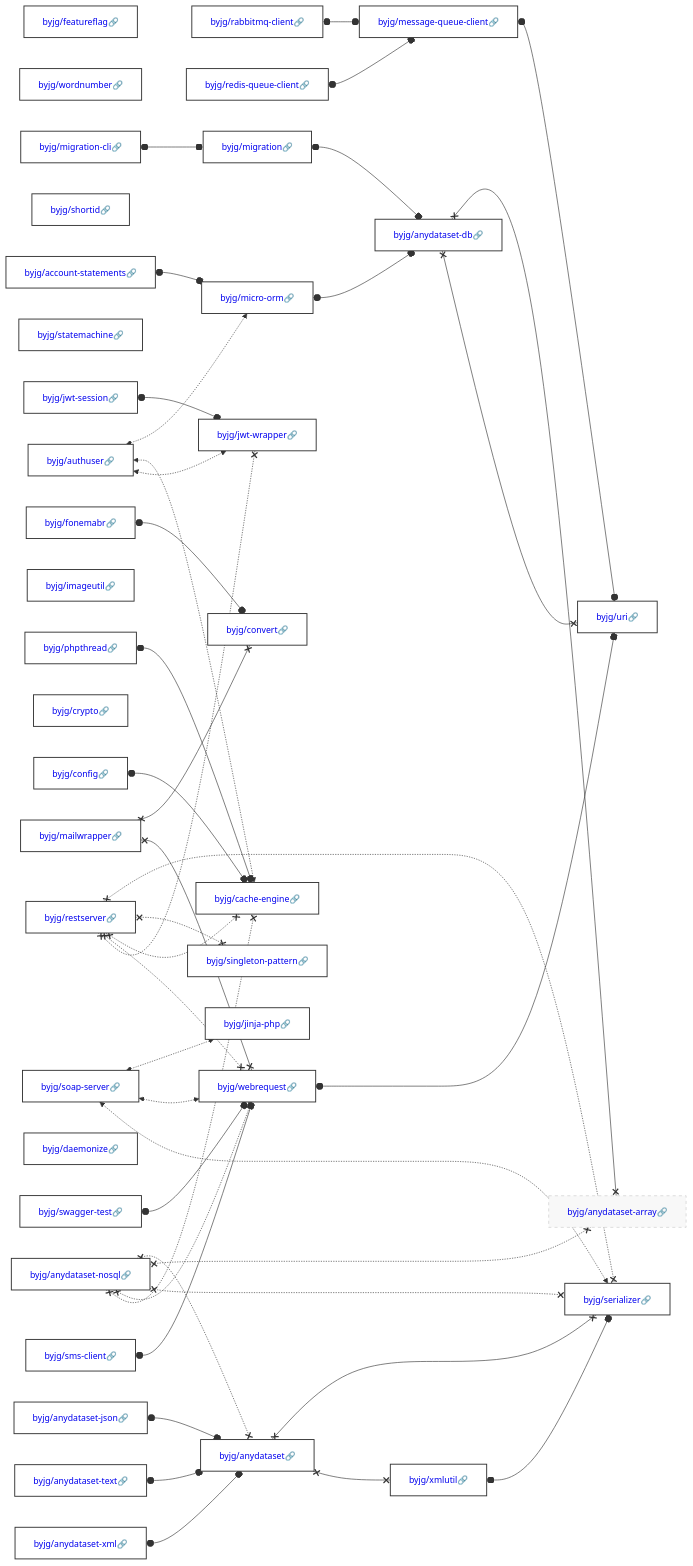
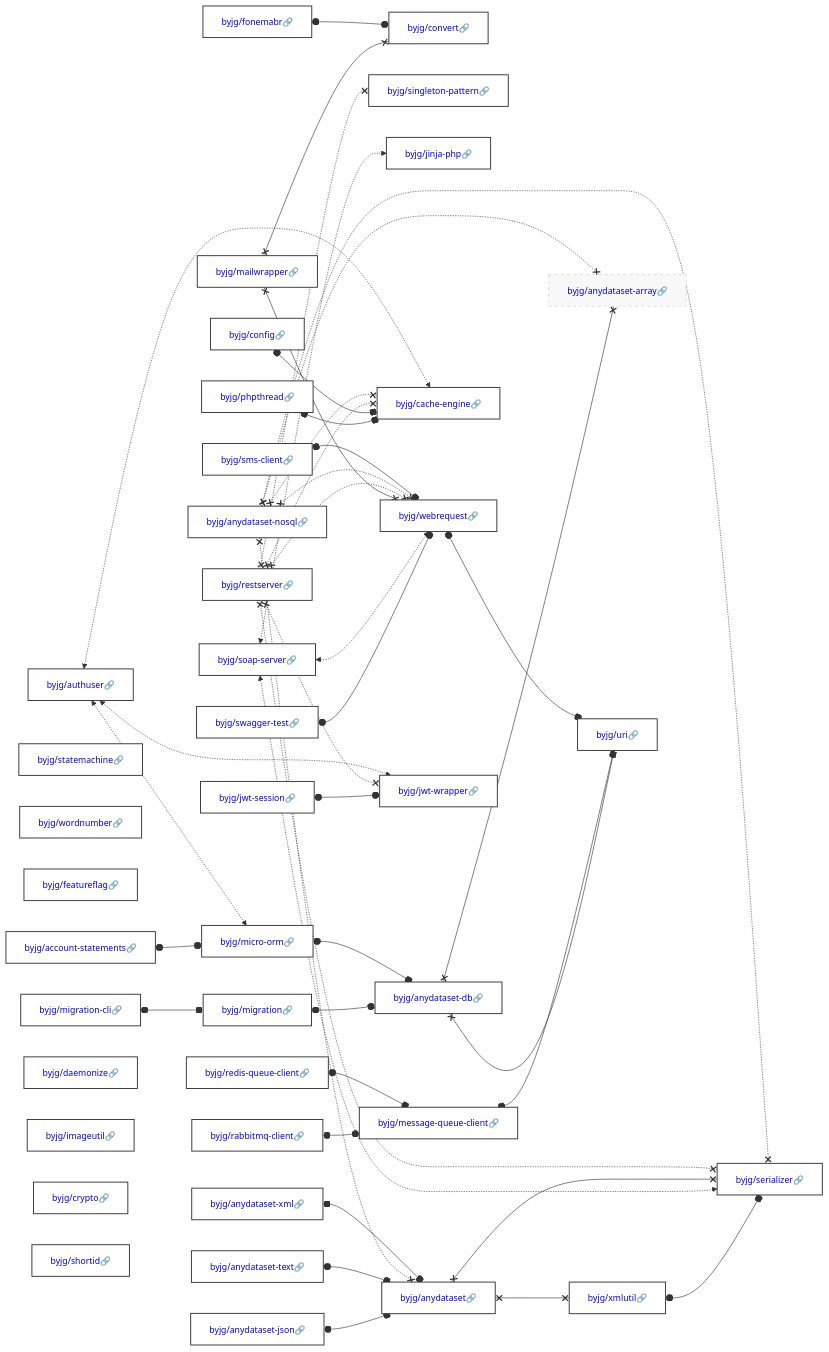
One commit to byjg/byjg.github.io changed the diagram in docs/php/README.md. Above: the diagram before and after it, drawn with Mermaid. The commit also changed other lines of this file and 1 other file, not shown here.

Commit message:
Update documentation 'php' 'php-cache-engine'

````diff
--- a/docs/php/README.md
+++ b/docs/php/README.md
@@ -3,45 +3,45 @@
 ```mermaid
 graph LR;
-  byjg/featureflag[<a href='https://opensource.byjg.com/docs/php/featureflag' style='text-decoration:none'>byjg/featureflag🔗</a>];
-  byjg/wordnumber[<a href='https://opensource.byjg.com/docs/php/wordnumber' style='text-decoration:none'>byjg/wordnumber🔗</a>];
   byjg/authuser[<a href='https://opensource.byjg.com/docs/php/authuser' style='text-decoration:none'>byjg/authuser🔗</a>];
-  byjg/shortid[<a href='https://opensource.byjg.com/docs/php/shortid' style='text-decoration:none'>byjg/shortid🔗</a>];
-  byjg/rabbitmq-client[<a href='https://opensource.byjg.com/docs/php/rabbitmq-client' style='text-decoration:none'>byjg/rabbitmq-client🔗</a>];
+  byjg/fonemabr[<a href='https://opensource.byjg.com/docs/php/fonemabr' style='text-decoration:none'>byjg/fonemabr🔗</a>];
+  byjg/redis-queue-client[<a href='https://opensource.byjg.com/docs/php/redis-queue-client' style='text-decoration:none'>byjg/redis-queue-client🔗</a>];
   byjg/mailwrapper[<a href='https://opensource.byjg.com/docs/php/mailwrapper' style='text-decoration:none'>byjg/mailwrapper🔗</a>];
   byjg/statemachine[<a href='https://opensource.byjg.com/docs/php/statemachine' style='text-decoration:none'>byjg/statemachine🔗</a>];
+  byjg/anydataset-nosql[<a href='https://opensource.byjg.com/docs/php/anydataset-nosql' style='text-decoration:none'>byjg/anydataset-nosql🔗</a>];
+  byjg/anydataset-xml[<a href='https://opensource.byjg.com/docs/php/anydataset-xml' style='text-decoration:none'>byjg/anydataset-xml🔗</a>];
+  byjg/anydataset-text[<a href='https://opensource.byjg.com/docs/php/anydataset-text' style='text-decoration:none'>byjg/anydataset-text🔗</a>];
+  byjg/sms-client[<a href='https://opensource.byjg.com/docs/php/sms-client' style='text-decoration:none'>byjg/sms-client🔗</a>];
+  byjg/wordnumber[<a href='https://opensource.byjg.com/docs/php/wordnumber' style='text-decoration:none'>byjg/wordnumber🔗</a>];
+  byjg/restserver[<a href='https://opensource.byjg.com/docs/php/restserver' style='text-decoration:none'>byjg/restserver🔗</a>];
   byjg/soap-server[<a href='https://opensource.byjg.com/docs/php/soap-server' style='text-decoration:none'>byjg/soap-server🔗</a>];
-  byjg/anydataset-text[<a href='https://opensource.byjg.com/docs/php/anydataset-text' style='text-decoration:none'>byjg/anydataset-text🔗</a>];
+  byjg/featureflag[<a href='https://opensource.byjg.com/docs/php/featureflag' style='text-decoration:none'>byjg/featureflag🔗</a>];
+  byjg/account-statements[<a href='https://opensource.byjg.com/docs/php/account-statements' style='text-decoration:none'>byjg/account-statements🔗</a>];
+  byjg/migration-cli[<a href='https://opensource.byjg.com/docs/php/migration-cli' style='text-decoration:none'>byjg/migration-cli🔗</a>];
+  byjg/phpthread[<a href='https://opensource.byjg.com/docs/php/phpthread' style='text-decoration:none'>byjg/phpthread🔗</a>];
+  byjg/swagger-test[<a href='https://opensource.byjg.com/docs/php/swagger-test' style='text-decoration:none'>byjg/swagger-test🔗</a>];
+  byjg/rabbitmq-client[<a href='https://opensource.byjg.com/docs/php/rabbitmq-client' style='text-decoration:none'>byjg/rabbitmq-client🔗</a>];
+  byjg/config[<a href='https://opensource.byjg.com/docs/php/config' style='text-decoration:none'>byjg/config🔗</a>];
+  byjg/daemonize[<a href='https://opensource.byjg.com/docs/php/daemonize' style='text-decoration:none'>byjg/daemonize🔗</a>];
   byjg/anydataset-json[<a href='https://opensource.byjg.com/docs/php/anydataset-json' style='text-decoration:none'>byjg/anydataset-json🔗</a>];
   byjg/imageutil[<a href='https://opensource.byjg.com/docs/php/imageutil' style='text-decoration:none'>byjg/imageutil🔗</a>];
   byjg/jwt-session[<a href='https://opensource.byjg.com/docs/php/jwt-session' style='text-decoration:none'>byjg/jwt-session🔗</a>];
   byjg/crypto[<a href='https://opensource.byjg.com/docs/php/crypto' style='text-decoration:none'>byjg/crypto🔗</a>];
-  byjg/anydataset-nosql[<a href='https://opensource.byjg.com/docs/php/anydataset-nosql' style='text-decoration:none'>byjg/anydataset-nosql🔗</a>];
-  byjg/restserver[<a href='https://opensource.byjg.com/docs/php/restserver' style='text-decoration:none'>byjg/restserver🔗</a>];
-  byjg/anydataset-xml[<a href='https://opensource.byjg.com/docs/php/anydataset-xml' style='text-decoration:none'>byjg/anydataset-xml🔗</a>];
-  byjg/account-statements[<a href='https://opensource.byjg.com/docs/php/account-statements' style='text-decoration:none'>byjg/account-statements🔗</a>];
-  byjg/daemonize[<a href='https://opensource.byjg.com/docs/php/daemonize' style='text-decoration:none'>byjg/daemonize🔗</a>];
-  byjg/swagger-test[<a href='https://opensource.byjg.com/docs/php/swagger-test' style='text-decoration:none'>byjg/swagger-test🔗</a>];
-  byjg/migration-cli[<a href='https://opensource.byjg.com/docs/php/migration-cli' style='text-decoration:none'>byjg/migration-cli🔗</a>];
-  byjg/phpthread[<a href='https://opensource.byjg.com/docs/php/phpthread' style='text-decoration:none'>byjg/phpthread🔗</a>];
-  byjg/fonemabr[<a href='https://opensource.byjg.com/docs/php/fonemabr' style='text-decoration:none'>byjg/fonemabr🔗</a>];
-  byjg/config[<a href='https://opensource.byjg.com/docs/php/config' style='text-decoration:none'>byjg/config🔗</a>];
-  byjg/sms-client[<a href='https://opensource.byjg.com/docs/php/sms-client' style='text-decoration:none'>byjg/sms-client🔗</a>];
-  byjg/redis-queue-client[<a href='https://opensource.byjg.com/docs/php/redis-queue-client' style='text-decoration:none'>byjg/redis-queue-client🔗</a>];
+  byjg/shortid[<a href='https://opensource.byjg.com/docs/php/shortid' style='text-decoration:none'>byjg/shortid🔗</a>];
+  byjg/convert[<a href='https://opensource.byjg.com/docs/php/convert' style='text-decoration:none'>byjg/convert🔗</a>];
+  byjg/singleton-pattern[<a href='https://opensource.byjg.com/docs/php/singleton-pattern' style='text-decoration:none'>byjg/singleton-pattern🔗</a>];
   byjg/jinja-php[<a href='https://opensource.byjg.com/docs/php/jinja-php' style='text-decoration:none'>byjg/jinja-php🔗</a>];
-  byjg/singleton-pattern[<a href='https://opensource.byjg.com/docs/php/singleton-pattern' style='text-decoration:none'>byjg/singleton-pattern🔗</a>];
-  byjg/jwt-wrapper[<a href='https://opensource.byjg.com/docs/php/jwt-wrapper' style='text-decoration:none'>byjg/jwt-wrapper🔗</a>];
-  byjg/anydataset[<a href='https://opensource.byjg.com/docs/php/anydataset' style='text-decoration:none'>byjg/anydataset🔗</a>];
   byjg/micro-orm[<a href='https://opensource.byjg.com/docs/php/micro-orm' style='text-decoration:none'>byjg/micro-orm🔗</a>];
   byjg/migration[<a href='https://opensource.byjg.com/docs/php/migration' style='text-decoration:none'>byjg/migration🔗</a>];
-  byjg/convert[<a href='https://opensource.byjg.com/docs/php/convert' style='text-decoration:none'>byjg/convert🔗</a>];
-  byjg/cache-engine[<a href='https://opensource.byjg.com/docs/php/cache-engine' style='text-decoration:none'>byjg/cache-engine🔗</a>];
   byjg/webrequest[<a href='https://opensource.byjg.com/docs/php/webrequest' style='text-decoration:none'>byjg/webrequest🔗</a>];
   byjg/message-queue-client[<a href='https://opensource.byjg.com/docs/php/message-queue-client' style='text-decoration:none'>byjg/message-queue-client🔗</a>];
+  byjg/cache-engine[<a href='https://opensource.byjg.com/docs/php/cache-engine' style='text-decoration:none'>byjg/cache-engine🔗</a>];
+  byjg/anydataset[<a href='https://opensource.byjg.com/docs/php/anydataset' style='text-decoration:none'>byjg/anydataset🔗</a>];
+  byjg/jwt-wrapper[<a href='https://opensource.byjg.com/docs/php/jwt-wrapper' style='text-decoration:none'>byjg/jwt-wrapper🔗</a>];
+  byjg/anydataset-db[<a href='https://opensource.byjg.com/docs/php/anydataset-db' style='text-decoration:none'>byjg/anydataset-db🔗</a>];
   byjg/xmlutil[<a href='https://opensource.byjg.com/docs/php/xmlutil' style='text-decoration:none'>byjg/xmlutil🔗</a>];
-  byjg/anydataset-db[<a href='https://opensource.byjg.com/docs/php/anydataset-db' style='text-decoration:none'>byjg/anydataset-db🔗</a>];
-  byjg/serializer[<a href='https://opensource.byjg.com/docs/php/serializer' style='text-decoration:none'>byjg/serializer🔗</a>];
   byjg/anydataset-array[<a href='https://opensource.byjg.com/docs/php/anydataset-array' style='text-decoration:none'>byjg/anydataset-array🔗</a>];
   byjg/uri[<a href='https://opensource.byjg.com/docs/php/uri' style='text-decoration:none'>byjg/uri🔗</a>];
+  byjg/serializer[<a href='https://opensource.byjg.com/docs/php/serializer' style='text-decoration:none'>byjg/serializer🔗</a>];
   byjg/xmlutil o--o byjg/serializer;
   byjg/rabbitmq-client o--o byjg/message-queue-client;
   byjg/migration o--o byjg/anydataset-db;
````
